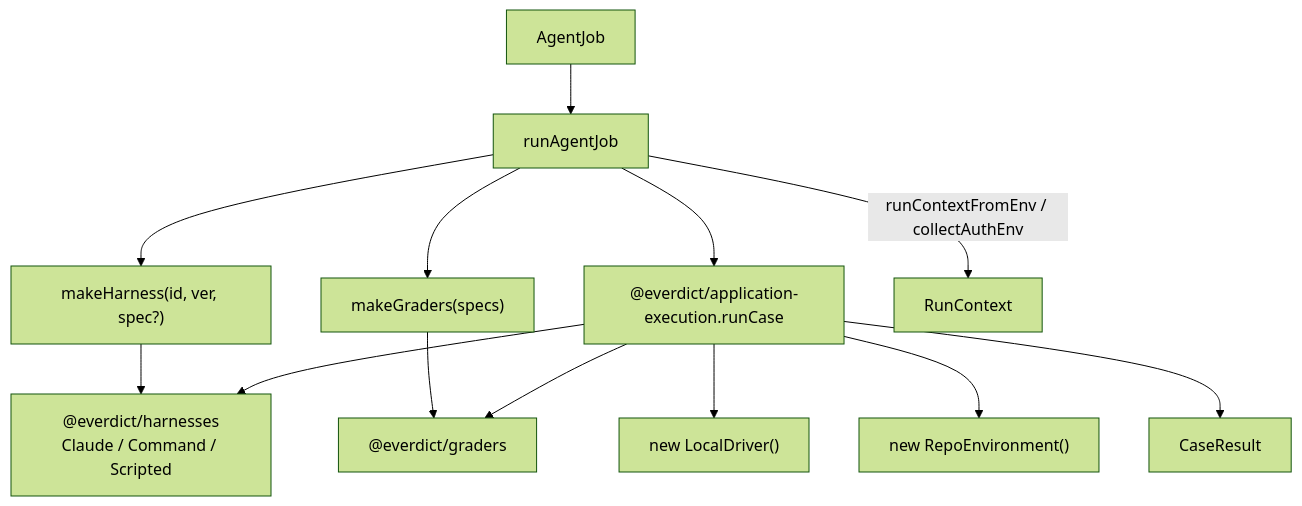
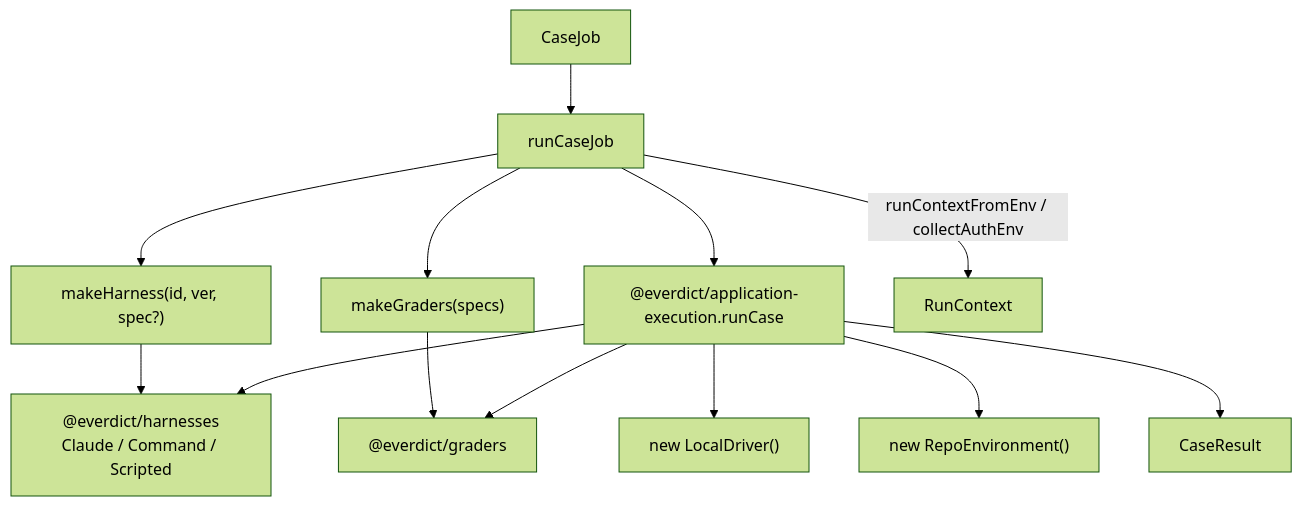
One commit to everdict/everdict changed diagram 11 of 24 in docs/architecture/collaboration.md. Above: the diagram before and after it, drawn with Mermaid (forest theme). The commit also changed other lines of this file and 180 other files, not shown here.

````diff
--- a/docs/architecture/collaboration.md
+++ b/docs/architecture/collaboration.md
@@ -526,15 +526,15 @@
 ```mermaid
 flowchart TD
-  job[AgentJob] --> runAgentJob
-  runAgentJob --> makeHarness["makeHarness(id, ver, spec?)"]
-  runAgentJob --> makeGraders["makeGraders(specs)"]
+  job[CaseJob] --> runCaseJob
+  runCaseJob --> makeHarness["makeHarness(id, ver, spec?)"]
+  runCaseJob --> makeGraders["makeGraders(specs)"]
   makeHarness --> H["@everdict/harnesses<br/>Claude / Command / Scripted"]
   makeGraders --> G["@everdict/graders"]
-  runAgentJob --> runCase["@everdict/application-execution.runCase"]
+  runCaseJob --> runCase["@everdict/application-execution.runCase"]
   runCase --> LD["new LocalDriver()"]
   runCase --> RE["new RepoEnvironment()"]
   runCase --> H
   runCase --> G
-  runAgentJob -->|"runContextFromEnv / collectAuthEnv"| ctx[RunContext]
+  runCaseJob -->|"runContextFromEnv / collectAuthEnv"| ctx[RunContext]
   runCase --> res[CaseResult]
 ```
````
